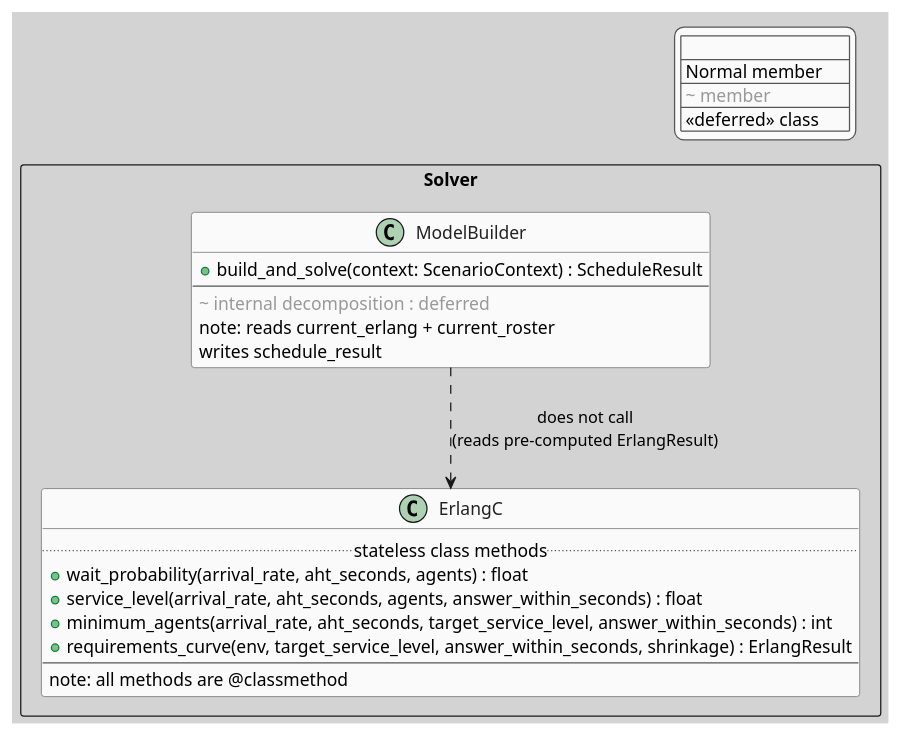
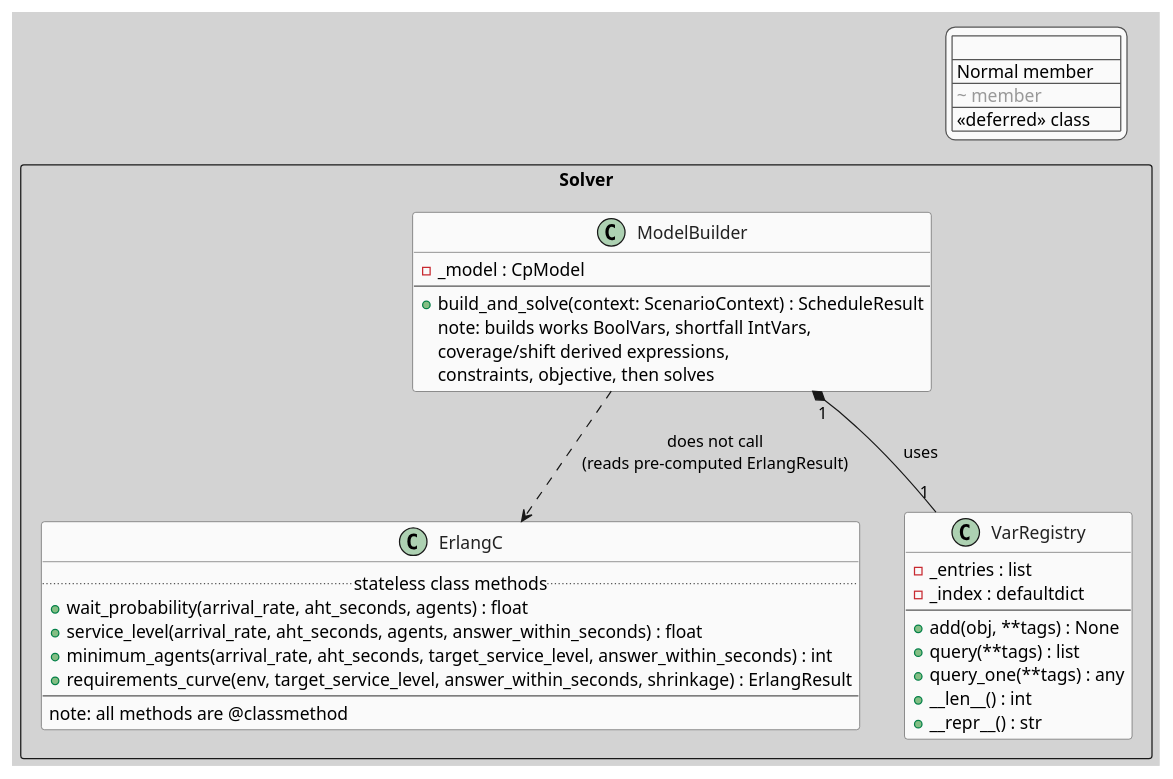
Before and after one commit to neon-tetra/schedule-architect: the diagram in docs/uml/solver_classes.puml, drawn with PlantUML. The commit also changed 4 other files, not shown here.

Commit message:
Update UML diagrams to match implemented solver/domain state

```diff
--- a/docs/uml/solver_classes.puml
+++ b/docs/uml/solver_classes.puml
@@ -1,57 +1,69 @@
 @startuml solver_classes
 
 skinparam backgroundColor #D3D3D3
 skinparam defaultFontName Segoe UI
 
 skinparam class {
     BackgroundColor #FAFAFA
     BorderColor #555555
     FontColor #222222
     BackgroundColor<<deferred>> #E8E8E8
     BorderColor<<deferred>> #AAAAAA
     FontColor<<deferred>> #AAAAAA
     BorderStyle<<deferred>> dashed
 }
 
 skinparam legend {
     BackgroundColor #FAFAFA
     BorderColor #555555
 }
 
 legend top right
   <#FAFAFA,#555555>|                         |
   | Normal member      | Implemented          |
   | <color:#999999>~ member</color>  | Deferred / future    |
   | <<deferred>> class | Placeholder only     |
 endlegend
 
 ' ─────────────────────────────────────────
 ' PACKAGE: Solver
 ' ─────────────────────────────────────────
 package "Solver" <<Rectangle>> {
 
     class ErlangC {
         ..stateless class methods..
         + wait_probability(arrival_rate, aht_seconds, agents) : float
         + service_level(arrival_rate, aht_seconds, agents, answer_within_seconds) : float
         + minimum_agents(arrival_rate, aht_seconds, target_service_level, answer_within_seconds) : int
         + requirements_curve(env, target_service_level, answer_within_seconds, shrinkage) : ErlangResult
         --
         note: all methods are @classmethod
     }
 
+    class VarRegistry {
+        - _entries : list
+        - _index : defaultdict
+        --
+        + add(obj, **tags) : None
+        + query(**tags) : list
+        + query_one(**tags) : any
+        + __len__() : int
+        + __repr__() : str
+    }
+
     class ModelBuilder {
+        - _model : CpModel
+        --
         + build_and_solve(context: ScenarioContext) : ScheduleResult
-        --
-        <color:#999999>~ internal decomposition : deferred</color>
-        note: reads current_erlang + current_roster\nwrites schedule_result
+        note: builds works BoolVars, shortfall IntVars,\ncoverage/shift derived expressions,\nconstraints, objective, then solves
     }
 
 }
 
 ' ─────────────────────────────────────────
 ' RELATIONSHIPS
 ' ─────────────────────────────────────────
 ModelBuilder ..> ErlangC : does not call\n(reads pre-computed ErlangResult)
+ModelBuilder "1" *-- "1" VarRegistry : uses
 
 @enduml
```
